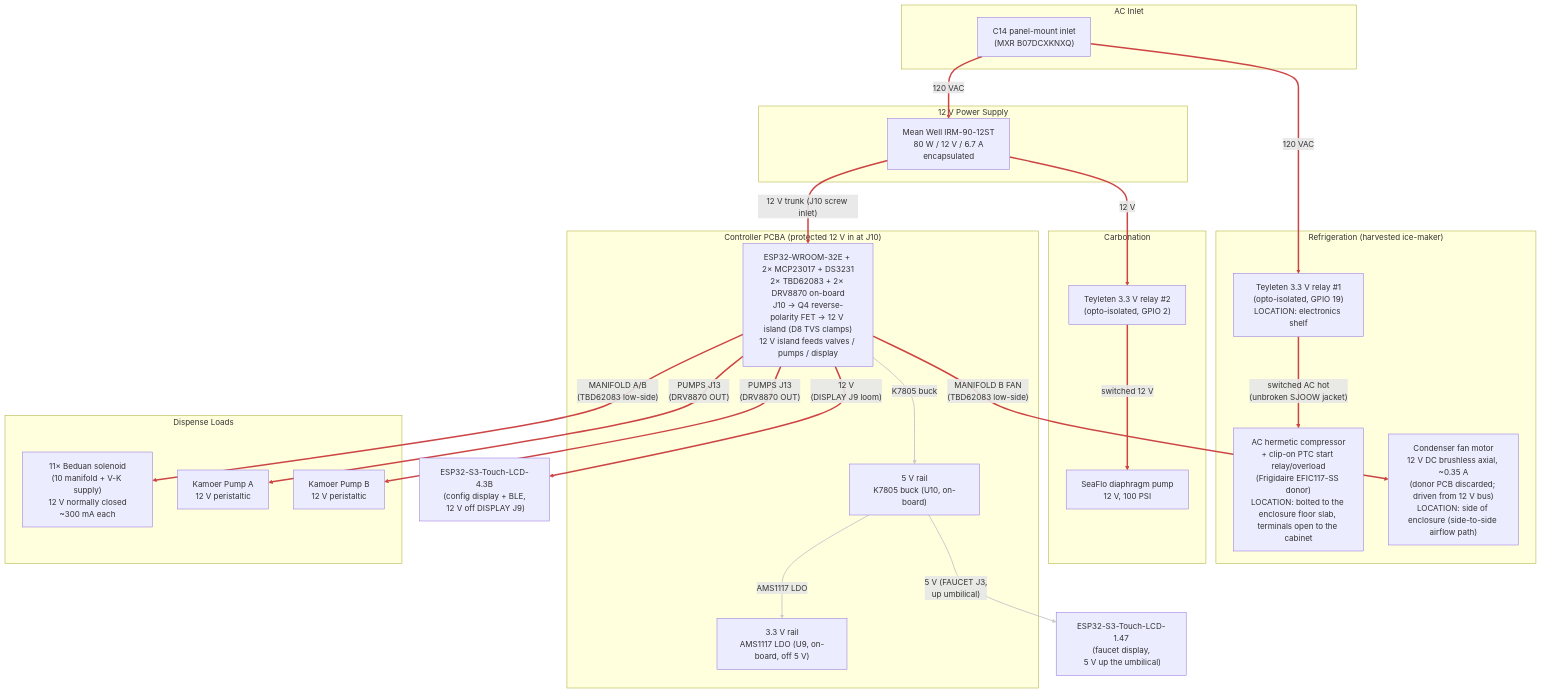
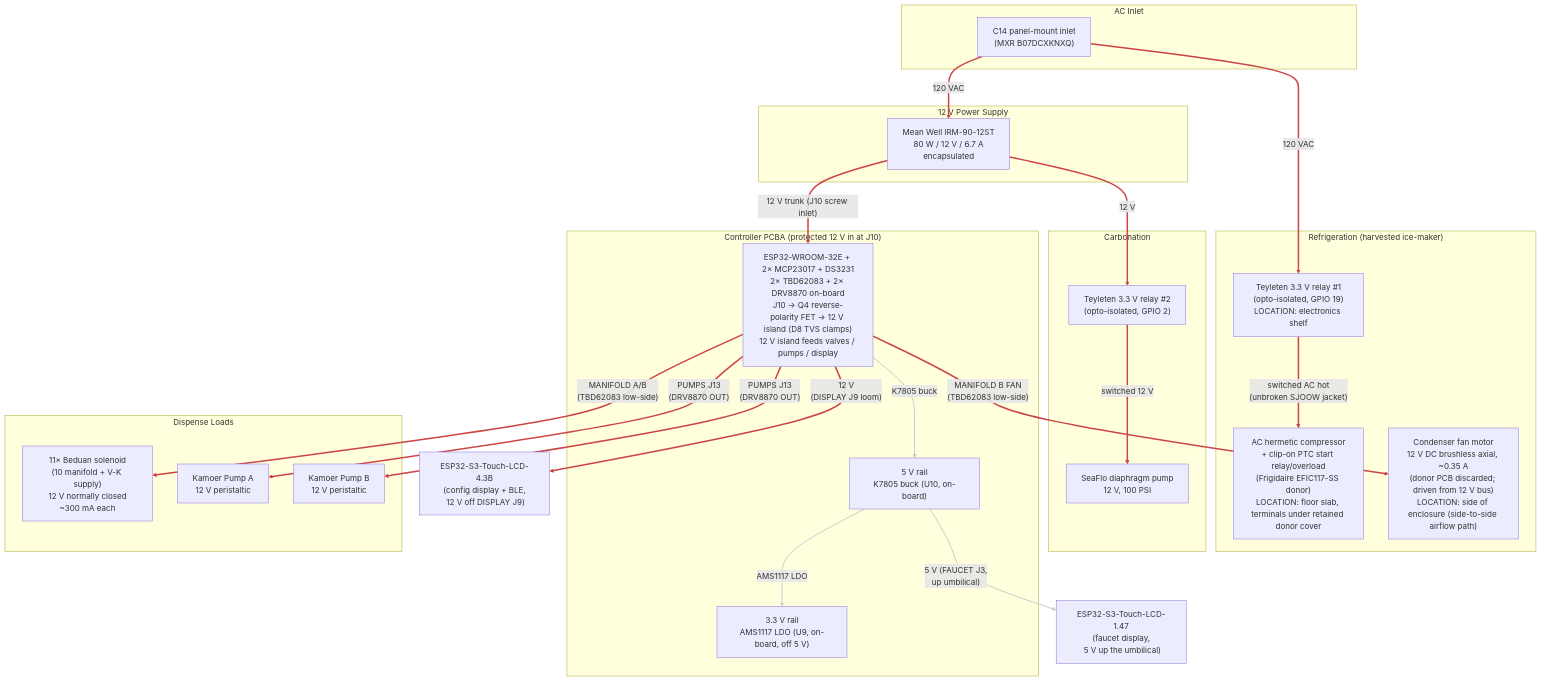
The diagram in hardware/wiring/power.mmd (derekbreden/homesodamachine), drawn with Mermaid before and after one commit. The commit also changed 25 other files, not shown here.

Commit message:
Document the retained donor compressor cover

```diff
--- a/hardware/wiring/power.mmd
+++ b/hardware/wiring/power.mmd
@@ -1,129 +1,129 @@
 flowchart TD
 
   %% Power Distribution (current plan).
   %% 120 VAC mains in via C14 inlet; Mean Well 12 V PSU supplies the
   %% 12 V bus for everything except the compressor itself, which runs
   %% on switched mains via Teyleten relay #1 (PCBA RELAYS J5, ESP32
   %% GPIO 19). The 12 V diaphragm pump is gated by Teyleten relay #2
   %% (PCBA RELAYS J5, ESP32 GPIO 2) so firmware can keep refill off
   %% during an active dispense. Both relay modules take their coil/opto
   %% 5 V from RELAYS J5.
   %% The 12 V bus feeds the controller PCBA at its screw inlet (J10).
   %% The inlet is protected in series: a P-channel MOSFET (Q4, AO3407)
   %% in the high side blocks reverse polarity before the 12 V reaches the
   %% island; and a 15 V TVS (D8, SMAJ15A) clamps input surges the board
   %% sees to under C3's 25 V rating. Overcurrent is bounded by the Mean
   %% Well supply's own 6.7 A OCP.
   %% The board makes its own logic rails — 5 V from the on-board K7805
   %% buck (U10), 3.3 V from the on-board AMS1117 LDO (U9, off the 5 V
   %% rail) — and carries the WROOM, both MCP23017s, the RTC, both
   %% TBD62083s, and the two DRV8870 pump H-bridges. Off-board 12 V
   %% loads draw through the board: solenoid valves + condenser fan
   %% through the TBD62083 channels (MANIFOLD A/B), peristaltic pumps through
   %% the DRV8870s (PUMPS J13), and the 4.3B config display through its
   %% loom connector (DISPLAY J9 carries RS485 + 12 V). The faucet
   %% display takes 5 V up the umbilical (FAUCET J3); the sensor loom
   %% (SENSORS J4) and the MQ-6 heater (GAS J11) draw 5 V / 3.3 V off
   %% the same on-board rails.
   %% Physical placement:
   %% - The C14 inlet, AC distribution, PSU, both Teyleten relays, and
   %%   the controller PCBA sit on a single electronics shelf at the
   %%   top-back of the enclosure, behind the rear-wall C14 inlet.
   %% - The compressor sits middle-bottom, bolted down to the enclosure
   %%   floor slab on four printed posts. Its terminal block and its
-  %%   clip-on PTC start relay + overload module stand OPEN to the
-  %%   cabinet volume — nothing encloses them. `/business/regulatory.md`
-  %%   carries that as a live gap against 60335-2-24's fire-enclosure
-  %%   requirement, and closing it is a prerequisite for any claim.
+  %%   clip-on PTC start relay + overload module remain under the R-600a
+  %%   donor's own moulded power-box cover. The build adds no second
+  %%   sheet-metal shroud; `/business/regulatory.md` carries the
+  %%   qualification still owed on the retained donor cover.
   %% - Teyleten relay #1 stays on the SHELF, away from the refrigerant
   %%   compartment. Only switched AC reaches the compressor — one
   %%   jacketed SJOOW bundle, switched H + N + chassis G (AC-4/5/6),
   %%   unbroken from the shelf and its own strain relief. This keeps
   %%   the arcing contact out of the hydrocarbon-refrigerant volume,
   %%   which is the one placement rule that still holds there.
   %% - The condenser fan motor is on the side of the enclosure
   %%   (the side-to-side intake → condenser → exhaust airflow path).
   %%   It is a 12 V DC brushless axial
   %%   fan: the donor ice maker's own PCB regulated mains to 12 V
   %%   to drive it (factory wiring was never AC on the fan itself),
   %%   so on harvest we discard the donor PCB and drive the fan
   %%   from our own 12 V bus. Low-side switched via one channel of
   %%   TBD62083 #2 (MANIFOLD B FAN pin, driven from MCP23017 0x21
   %%   PA3) — same pattern as the solenoid valves. Firmware turns it
   %%   on/off in lockstep with the compressor.
   %% See `ac-wiring-schedule.md` for run-by-run gauges + lengths and
   %% `../assembly/enclosure-mechanical.md` §5 for the compressor's
   %% four floor posts and the bond that lands under one of their screws.
 
   subgraph AC_Inlet["AC Inlet"]
     C14["C14 panel-mount inlet\n(MXR B07DCXKNXQ)"]
   end
 
   subgraph Supply["12 V Power Supply"]
     PSU["Mean Well IRM-90-12ST\n80 W / 12 V / 6.7 A\nencapsulated"]
   end
 
   subgraph Refrigeration["Refrigeration  (harvested ice-maker)"]
     RELAY["Teyleten 3.3 V relay #1\n(opto-isolated, GPIO 19)\nLOCATION: electronics shelf"]
-    COMP_AC["AC hermetic compressor\n+ clip-on PTC start relay/overload\n(Frigidaire EFIC117-SS donor)\nLOCATION: bolted to the enclosure floor slab, terminals open to the cabinet"]
+    COMP_AC["AC hermetic compressor\n+ clip-on PTC start relay/overload\n(Frigidaire EFIC117-SS donor)\nLOCATION: floor slab, terminals under retained donor cover"]
     COND_FAN["Condenser fan motor\n12 V DC brushless axial, ~0.35 A\n(donor PCB discarded; driven from 12 V bus)\nLOCATION: side of enclosure (side-to-side airflow path)"]
   end
 
   subgraph Carbonation["Carbonation"]
     DIA_RELAY["Teyleten 3.3 V relay #2\n(opto-isolated, GPIO 2)"]
     DIA_PUMP["SeaFlo diaphragm pump\n12 V, 100 PSI"]
   end
 
   subgraph Board["Controller PCBA  (protected 12 V in at J10)"]
     PCBA["ESP32-WROOM-32E + 2× MCP23017 + DS3231\n2× TBD62083 + 2× DRV8870 on-board\nJ10 → Q4 reverse-polarity FET → 12 V island (D8 TVS clamps)\n12 V island feeds valves / pumps / display"]
     REG_5V["5 V rail\nK7805 buck (U10, on-board)"]
     REG_3V3["3.3 V rail\nAMS1117 LDO (U9, on-board, off 5 V)"]
   end
 
   subgraph Dispense["Dispense Loads"]
     VALVES["11× Beduan solenoid\n(10 manifold + V-K supply)\n12 V normally closed\n~300 mA each"]
     PUMP_A["Kamoer Pump A\n12 V peristaltic"]
     PUMP_B["Kamoer Pump B\n12 V peristaltic"]
   end
 
   CFG["ESP32-S3-Touch-LCD-4.3B\n(config display + BLE,\n 12 V off DISPLAY J9)"]
 
   FAUCET["ESP32-S3-Touch-LCD-1.47\n(faucet display,\n 5 V up the umbilical)"]
 
   %% AC distribution (hot leg)
   C14 ==>|"120 VAC"| RELAY
   C14 ==>|"120 VAC"| PSU
   RELAY ==>|"switched AC hot\n(unbroken SJOOW jacket)"| COMP_AC
 
   %% 12 V distribution
   PSU ==>|"12 V trunk (J10 screw inlet)"| PCBA
   PSU ==>|"12 V"| DIA_RELAY
   DIA_RELAY ==>|"switched 12 V"| DIA_PUMP
   PCBA ==>|"MANIFOLD A/B\n(TBD62083 low-side)"| VALVES
   PCBA ==>|"MANIFOLD B FAN\n(TBD62083 low-side)"| COND_FAN
   PCBA ==>|"PUMPS J13\n(DRV8870 OUT)"| PUMP_A
   PCBA ==>|"PUMPS J13\n(DRV8870 OUT)"| PUMP_B
   PCBA ==>|"12 V\n(DISPLAY J9 loom)"| CFG
 
   %% Logic rails (made on the PCBA)
   PCBA -->|"K7805 buck"| REG_5V
   REG_5V -->|"5 V (FAUCET J3,\n up umbilical)"| FAUCET
   REG_5V -->|"AMS1117 LDO"| REG_3V3
 
   %% Power paths (red, thick).
   %% 0    = C14 -> relay #1 (AC mains)
   %% 1    = C14 -> PSU (AC mains)
   %% 2    = relay #1 -> compressor (switched AC, unbroken SJOOW jacket)
   %% 3    = PSU 12 V trunk -> PCBA (J10)
   %% 4    = PSU 12 V -> diaphragm relay #2
   %% 5    = relay #2 -> diaphragm pump (switched 12 V)
   %% 6    = PCBA -> solenoid valves (TBD62083 low-side)
   %% 7    = PCBA -> condenser fan (TBD62083 low-side)
   %% 8-9  = PCBA -> peristaltic pumps (DRV8870)
   %% 10   = PCBA -> 4.3B config display (12 V off J9)
   linkStyle 0,1,2,3,4,5,6,7,8,9,10 stroke:#c44,stroke-width:3px
   %% Logic rails (5 V, 3.3 V), made on the PCBA: white workhorse.
   %% 11 = K7805 buck -> 5 V rail
   %% 12 = 5 V rail -> faucet display (up umbilical)
   %% 13 = AMS1117 -> 3.3 V rail
   linkStyle 11,12,13 stroke:#ccc,stroke-width:2px
```
